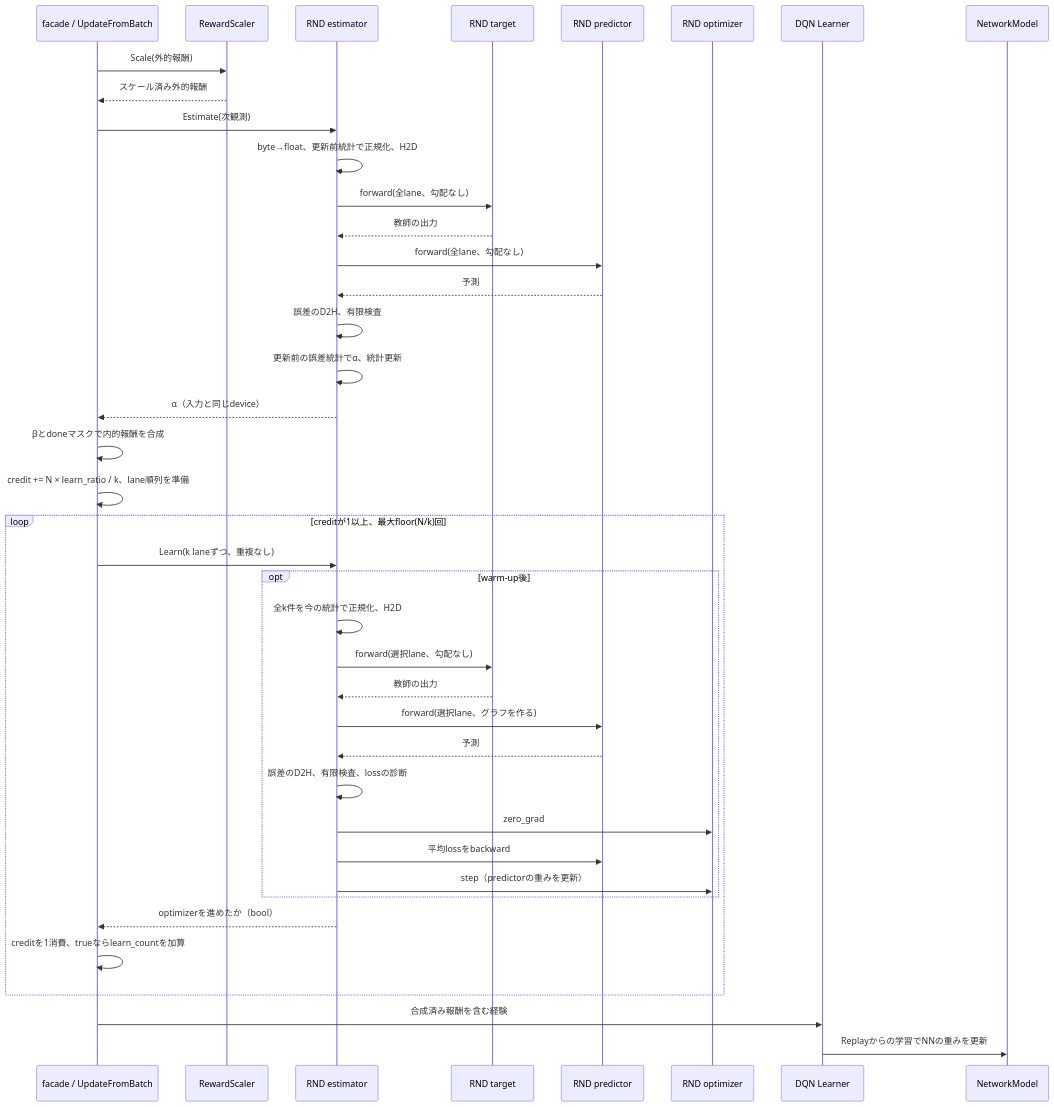
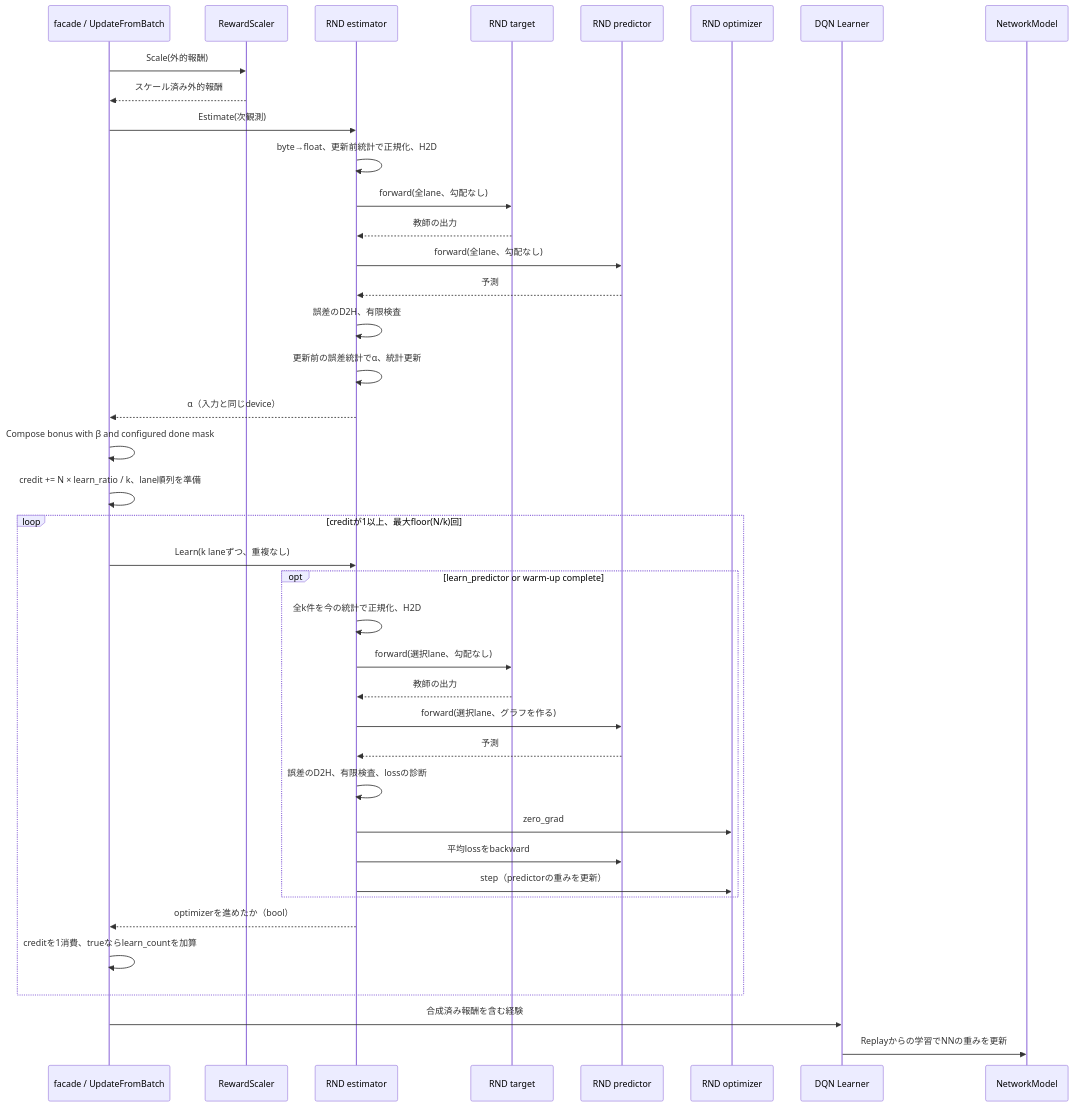
Before and after one commit to kazukin123/anet-lab: the second of 2 diagrams in docs/design/212_rnd_lifelong_novelty.en.md, drawn with Mermaid. The commit also changed other lines of this file and 20 other files, not shown here.

````diff
--- a/docs/design/212_rnd_lifelong_novelty.en.md
+++ b/docs/design/212_rnd_lifelong_novelty.en.md
@@ -248,42 +252,42 @@
 ```mermaid
 sequenceDiagram
     participant F as facade / UpdateFromBatch
     participant S as RewardScaler
     participant R as RND estimator
     participant T as RND target
     participant P as RND predictor
     participant O as RND optimizer
     participant L as DQN Learner
     participant N as NetworkModel
     F->>S: Scale(外的報酬)
     S-->>F: スケール済み外的報酬
     F->>R: Estimate(次観測)
     R->>R: byte→float、更新前統計で正規化、H2D
     R->>T: forward(全lane、勾配なし)
     T-->>R: 教師の出力
     R->>P: forward(全lane、勾配なし)
     P-->>R: 予測
     R->>R: 誤差のD2H、有限検査
     R->>R: 更新前の誤差統計でα、統計更新
     R-->>F: α（入力と同じdevice）
-    F->>F: βとdoneマスクで内的報酬を合成
+    F->>F: Compose bonus with β and configured done mask
     F->>F: credit += N × learn_ratio / k、lane順列を準備
     loop creditが1以上、最大floor(N/k)回
         F->>R: Learn(k laneずつ、重複なし)
-        opt warm-up後
+        opt learn_predictor or warm-up complete
         R->>R: 全k件を今の統計で正規化、H2D
         R->>T: forward(選択lane、勾配なし)
         T-->>R: 教師の出力
         R->>P: forward(選択lane、グラフを作る)
         P-->>R: 予測
         R->>R: 誤差のD2H、有限検査、lossの診断
         R->>O: zero_grad
         R->>P: 平均lossをbackward
         R->>O: step（predictorの重みを更新）
         end
         R-->>F: optimizerを進めたか（bool）
         F->>F: creditを1消費、trueならlearn_countを加算
     end
     F->>L: 合成済み報酬を含む経験
     L->>N: Replayからの学習でNNの重みを更新
 ```
````
